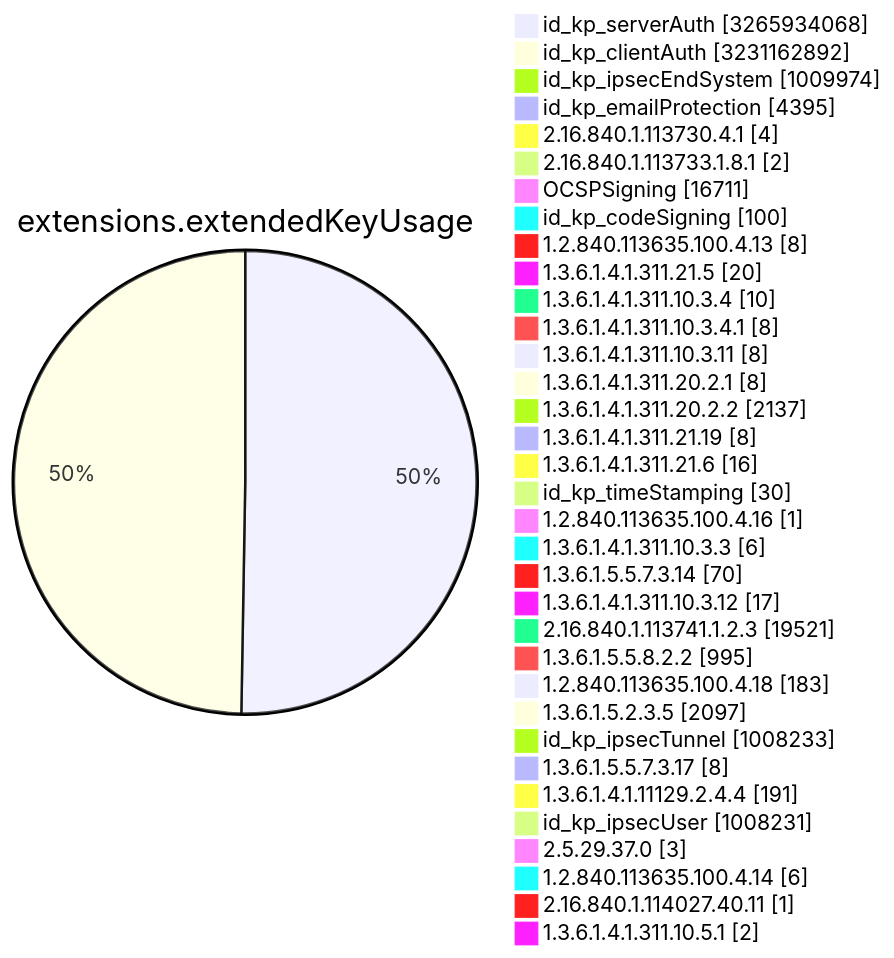
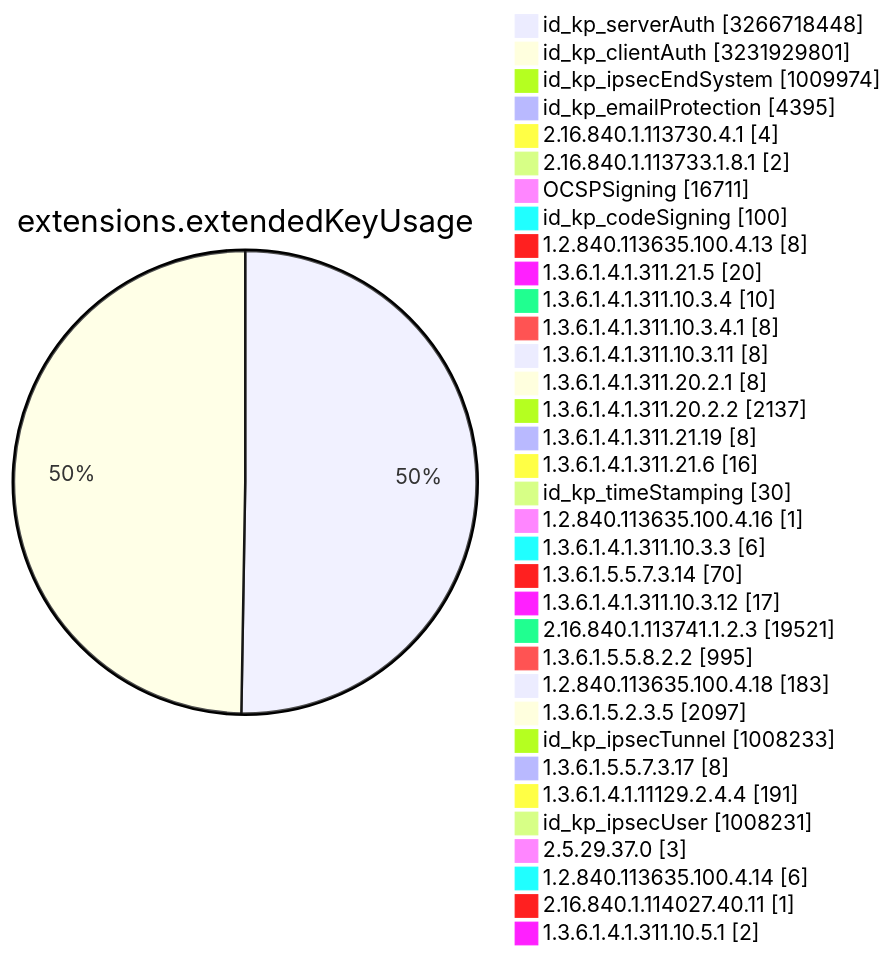
Before and after one commit to christiankrug/ctmonitor_visualization: diagram 11 of 15 in TOTAL/README.md, drawn with Mermaid. The commit also changed other lines of this file, not shown here.

````diff
--- a/TOTAL/README.md
+++ b/TOTAL/README.md
@@ -4119,38 +4119,38 @@
 ```mermaid
 pie showData
 title extensions.extendedKeyUsage
-"id_kp_serverAuth" :3265934068
-"id_kp_clientAuth" :3231162892
+"id_kp_serverAuth" :3266718448
+"id_kp_clientAuth" :3231929801
 "id_kp_ipsecEndSystem" :1009974
 "id_kp_emailProtection" :4395
 "2.16.840.1.113730.4.1" :4
 "2.16.840.1.113733.1.8.1" :2
 "OCSPSigning" :16711
 "id_kp_codeSigning" :100
 "1.2.840.113635.100.4.13" :8
 "1.3.6.1.4.1.311.21.5" :20
 "1.3.6.1.4.1.311.10.3.4" :10
 "1.3.6.1.4.1.311.10.3.4.1" :8
 "1.3.6.1.4.1.311.10.3.11" :8
 "1.3.6.1.4.1.311.20.2.1" :8
 "1.3.6.1.4.1.311.20.2.2" :2137
 "1.3.6.1.4.1.311.21.19" :8
 "1.3.6.1.4.1.311.21.6" :16
 "id_kp_timeStamping" :30
 "1.2.840.113635.100.4.16" :1
 "1.3.6.1.4.1.311.10.3.3" :6
 "1.3.6.1.5.5.7.3.14" :70
 "1.3.6.1.4.1.311.10.3.12" :17
 "2.16.840.1.113741.1.2.3" :19521
 "1.3.6.1.5.5.8.2.2" :995
 "1.2.840.113635.100.4.18" :183
 "1.3.6.1.5.2.3.5" :2097
 "id_kp_ipsecTunnel" :1008233
 "1.3.6.1.5.5.7.3.17" :8
 "1.3.6.1.4.1.11129.2.4.4" :191
 "id_kp_ipsecUser" :1008231
 "2.5.29.37.0" :3
 "1.2.840.113635.100.4.14" :6
 "2.16.840.1.114027.40.11" :1
 "1.3.6.1.4.1.311.10.5.1" :2
 ```
````
